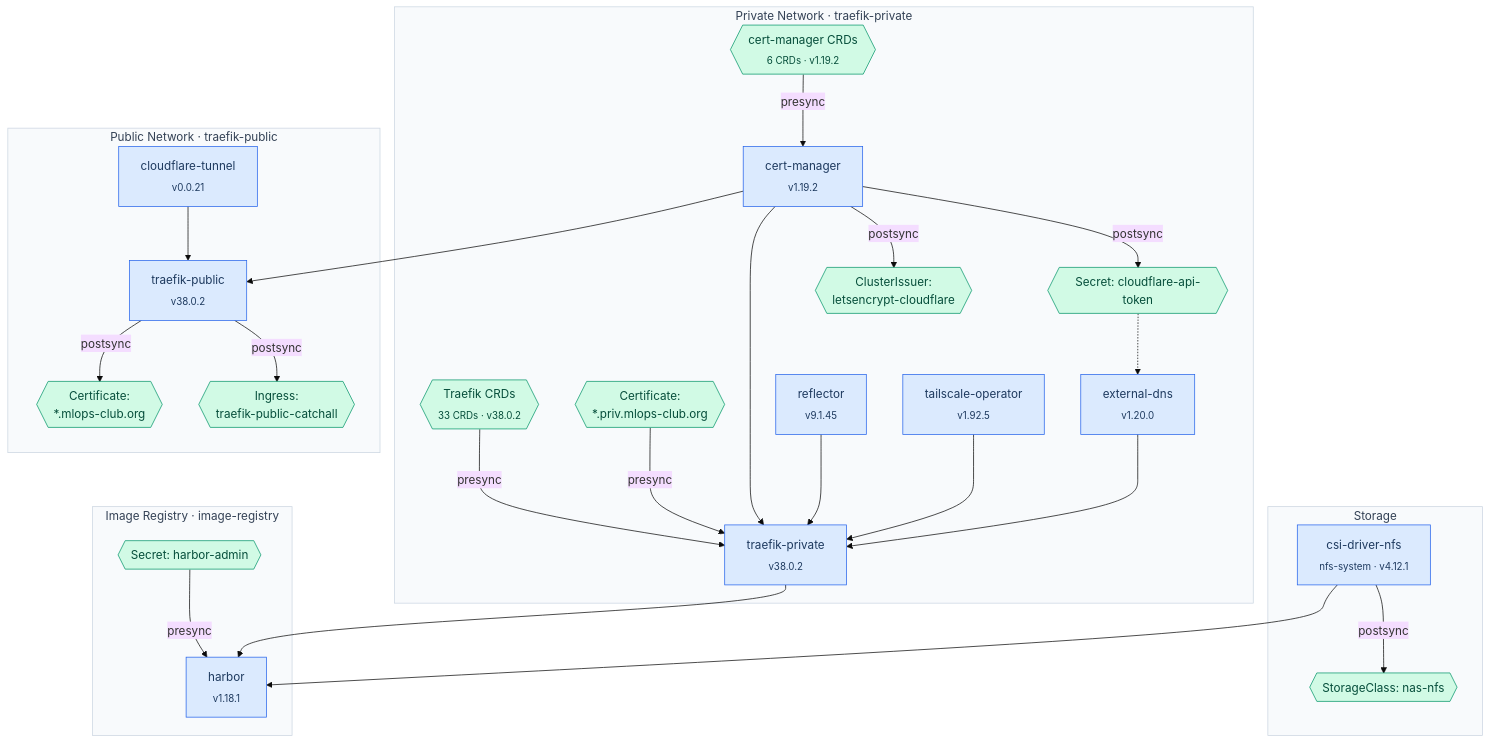
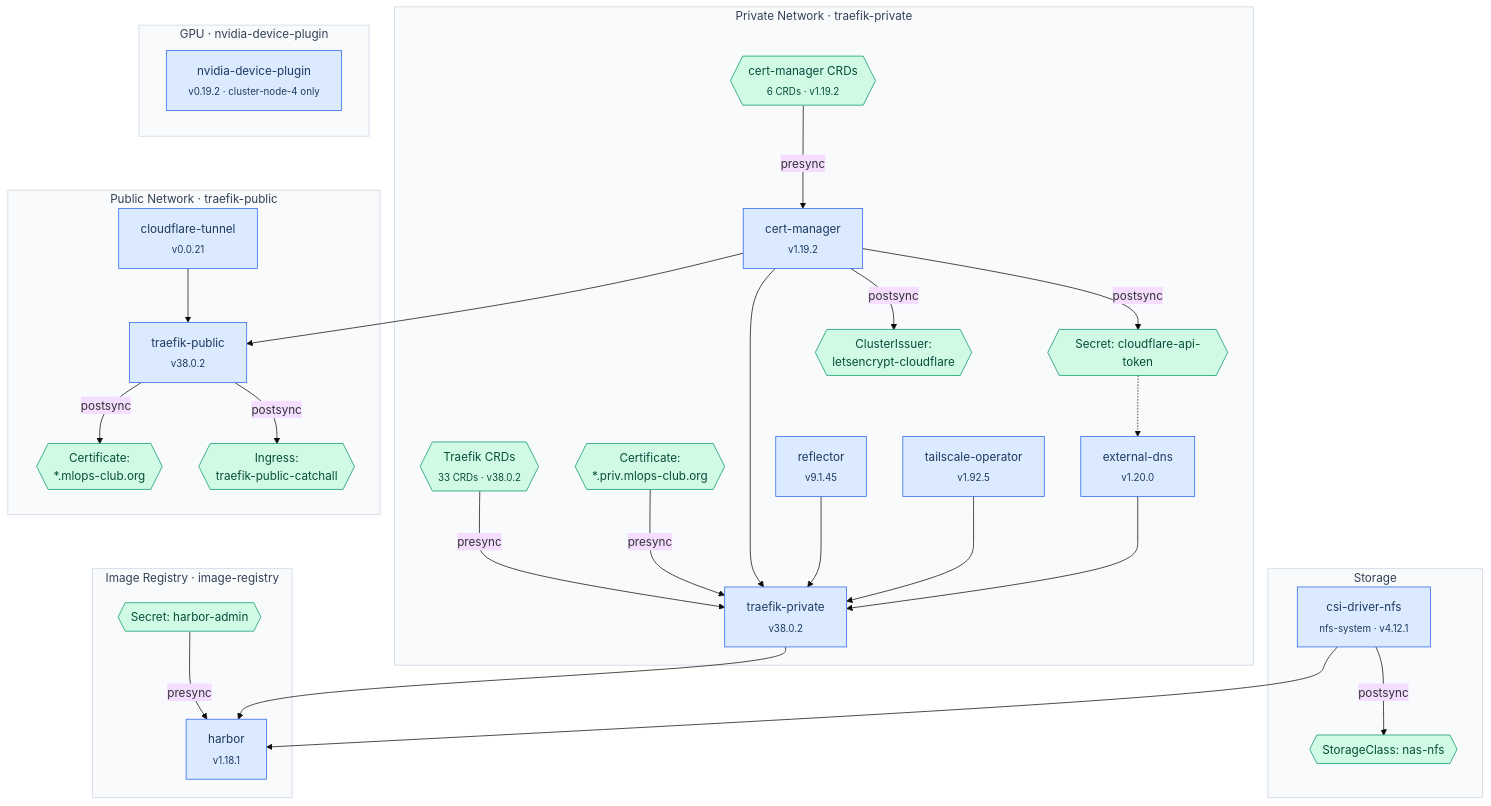
The diagram in README.md (mlops-club/homelab-cluster), drawn with Mermaid (base theme) before and after one commit. The commit also changed other lines of this file and 2 other files, not shown here.

Commit message:
feat: add NVIDIA Device Plugin for GPU scheduling on cluster-node-4
Adds the NVIDIA Kubernetes Device Plugin as a new helmfile release so
pods can request `nvidia.com/gpu` and have kubelet schedule them onto
cluster-node-4 (the lone GPU node, an RTX 5080). The DaemonSet is pinned
to cluster-node-4 via nodeSelector and the chart's default NFD/GFD-based
affinity is cleared (this cluster does not run Node Feature Discovery).

````diff
--- a/README.md
+++ b/README.md
@@ -62,6 +62,11 @@
         HAR_SEC -- presync --> HAR
     end
 
+    %% ── GPU ──────────────────────────────────────────────────────
+    subgraph gpu [GPU · nvidia-device-plugin]
+        NVDP[nvidia-device-plugin<br/><sub>v0.19.2 · cluster-node-4 only</sub>]:::release
+    end
+
     %% ── INTER-RELEASE DEPENDENCIES (needs) ───────────────────────
     CM --> TP
     REF --> TP
@@ -84,4 +89,5 @@
     style private fill:#f8fafc,stroke:#cbd5e1,color:#334155
     style public fill:#f8fafc,stroke:#cbd5e1,color:#334155
     style registry fill:#f8fafc,stroke:#cbd5e1,color:#334155
+    style gpu fill:#f8fafc,stroke:#cbd5e1,color:#334155
 ```
````
